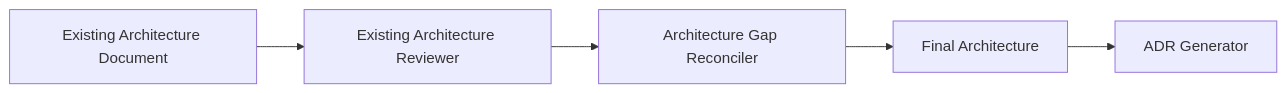
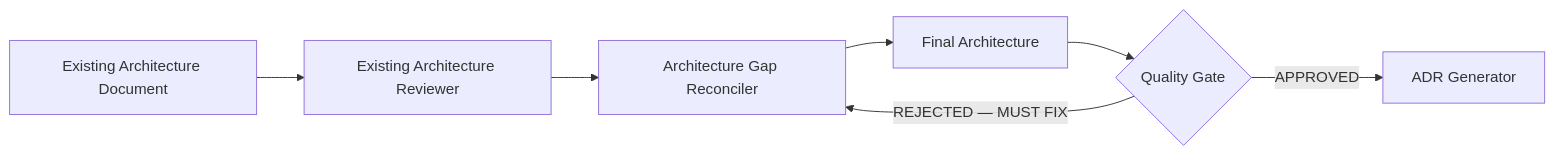
The third of 5 diagrams in README.md (GridCreative-CS/ai-architecture-toolkit), drawn with Mermaid before and after one commit. The commit also changed other lines of this file and 34 other files, not shown here.

First line of the commit message:
feat: Implement architecture-final quality gate process

````diff
--- a/README.md
+++ b/README.md
@@ -127,7 +132,9 @@
 ```mermaid
 flowchart LR
     A[Existing Architecture Document] --> B[Existing Architecture Reviewer]
     B --> C[Architecture Gap Reconciler]
     C --> D[Final Architecture]
-    D --> E[ADR Generator]
+    D --> Q{Quality Gate}
+    Q -- REJECTED — MUST FIX --> C
+    Q -- APPROVED --> E[ADR Generator]
 ```
````
